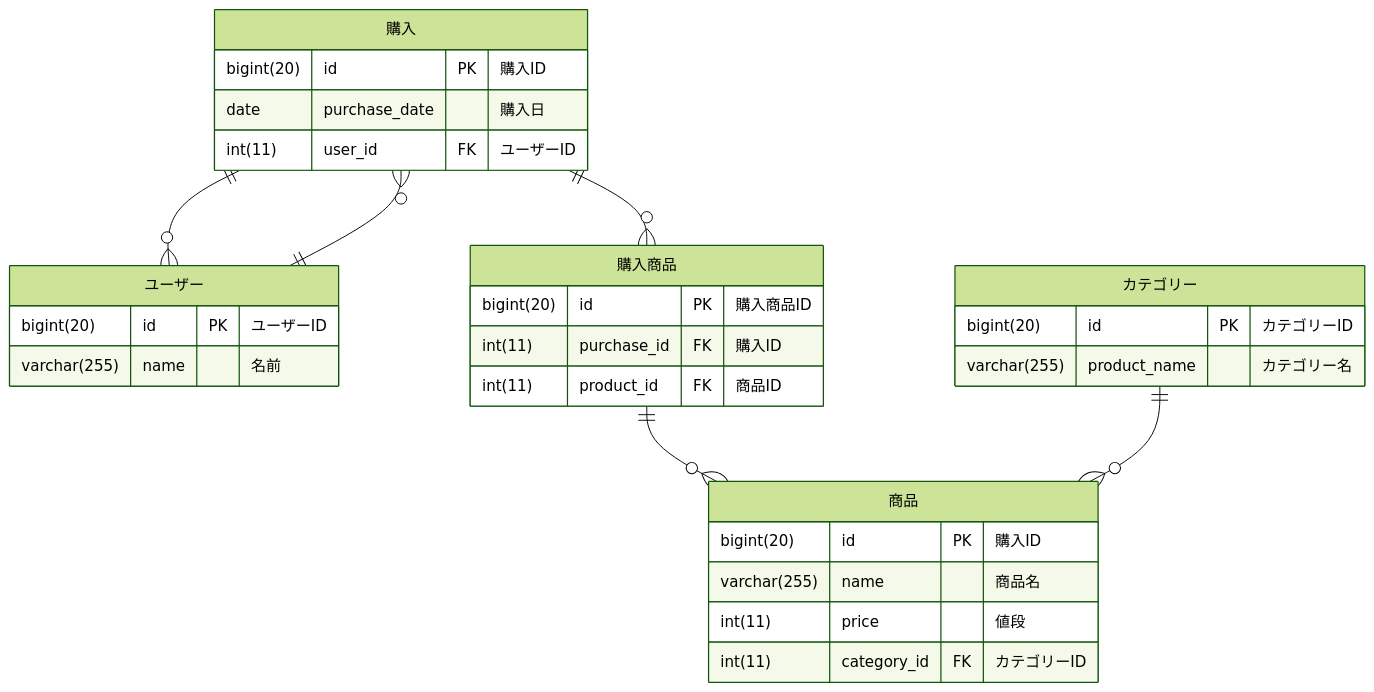
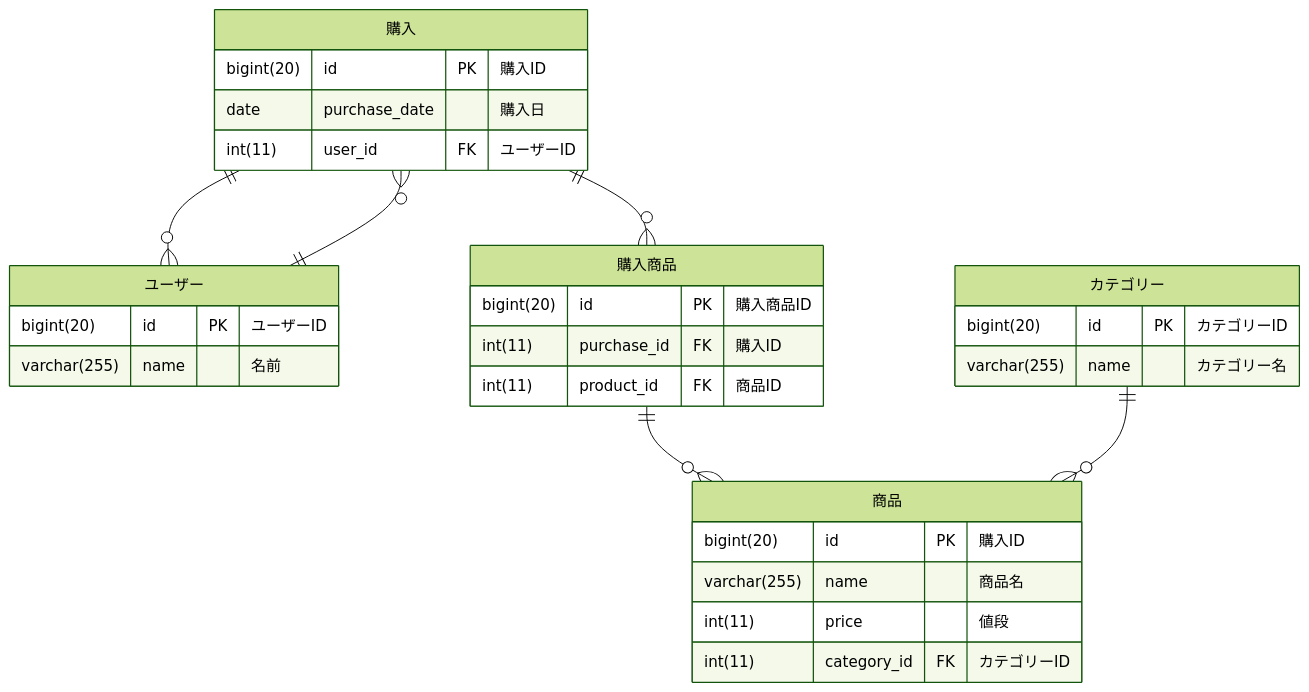
The diagram in week5-6/02_quest/20_ER_DIAGRAM/README.md (shuntaron/apprentice), drawn with Mermaid (forest theme) before and after one commit.

Commit message:
Update week5-6 20_ER_DIAGRAM

````diff
--- a/week5-6/02_quest/20_ER_DIAGRAM/README.md
+++ b/week5-6/02_quest/20_ER_DIAGRAM/README.md
@@ -56,37 +56,37 @@
 ```mermaid
 erDiagram
   "購入"        ||--o{ "ユーザー": ""
   "購入"        ||--o{ "購入商品": ""
   "ユーザー"    ||--o{ "購入": ""
   "購入商品"    ||--o{ "商品": ""
   "カテゴリー"   ||--o{ "商品": ""
 
   "購入" {
     bigint(20)      id             PK  "購入ID"
     date            purchase_date      "購入日"
     int(11)         user_id        FK  "ユーザーID"
   }
   
   "ユーザー" {
     bigint(20)      id             PK  "ユーザーID"
     varchar(255)    name               "名前"
   }
 
   "購入商品" {
     bigint(20)      id             PK  "購入商品ID"
     int(11)         purchase_id    FK  "購入ID"
     int(11)         product_id     FK  "商品ID"
   }
 
   "商品" {
     bigint(20)      id             PK  "購入ID"
     varchar(255)    name               "商品名"
     int(11)         price              "値段"
     int(11)         category_id    FK  "カテゴリーID"
   }
 
   "カテゴリー" {
     bigint(20)      id             PK  "カテゴリーID"
-    varchar(255)    product_name       "カテゴリー名"
+    varchar(255)    name               "カテゴリー名"
   }
 ```
````
